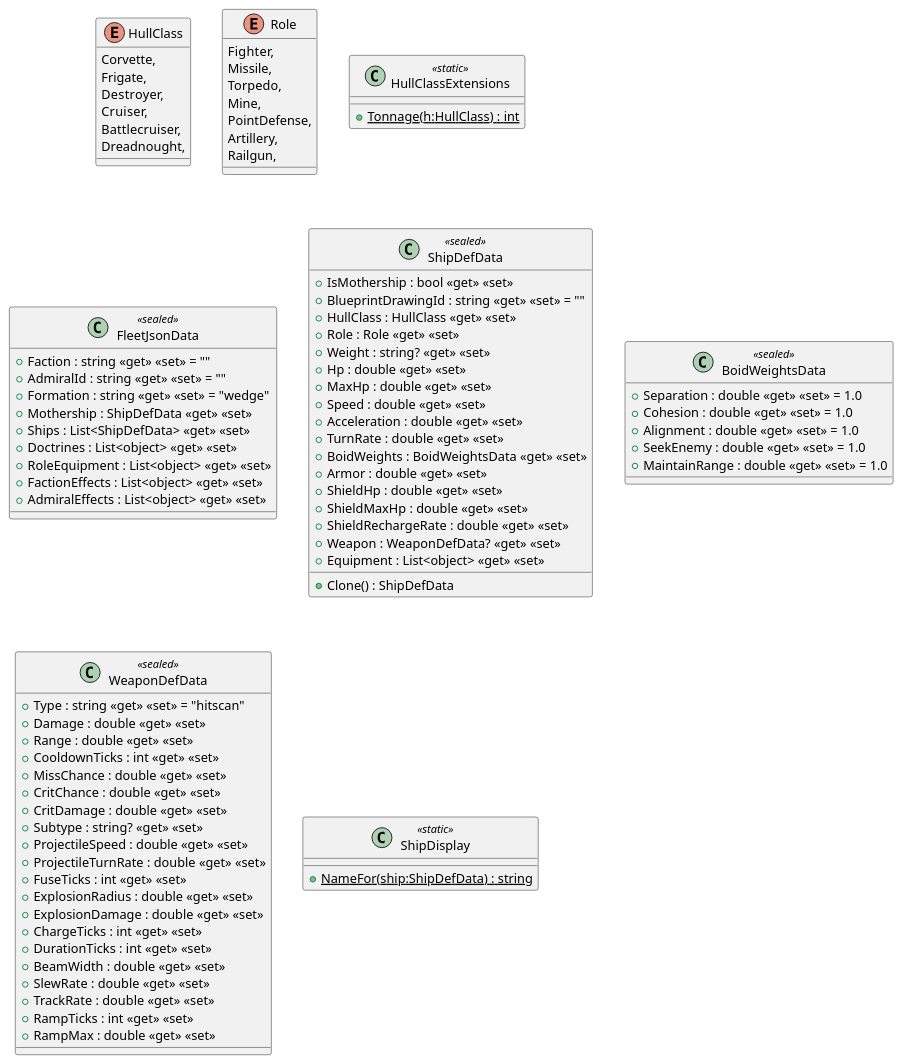
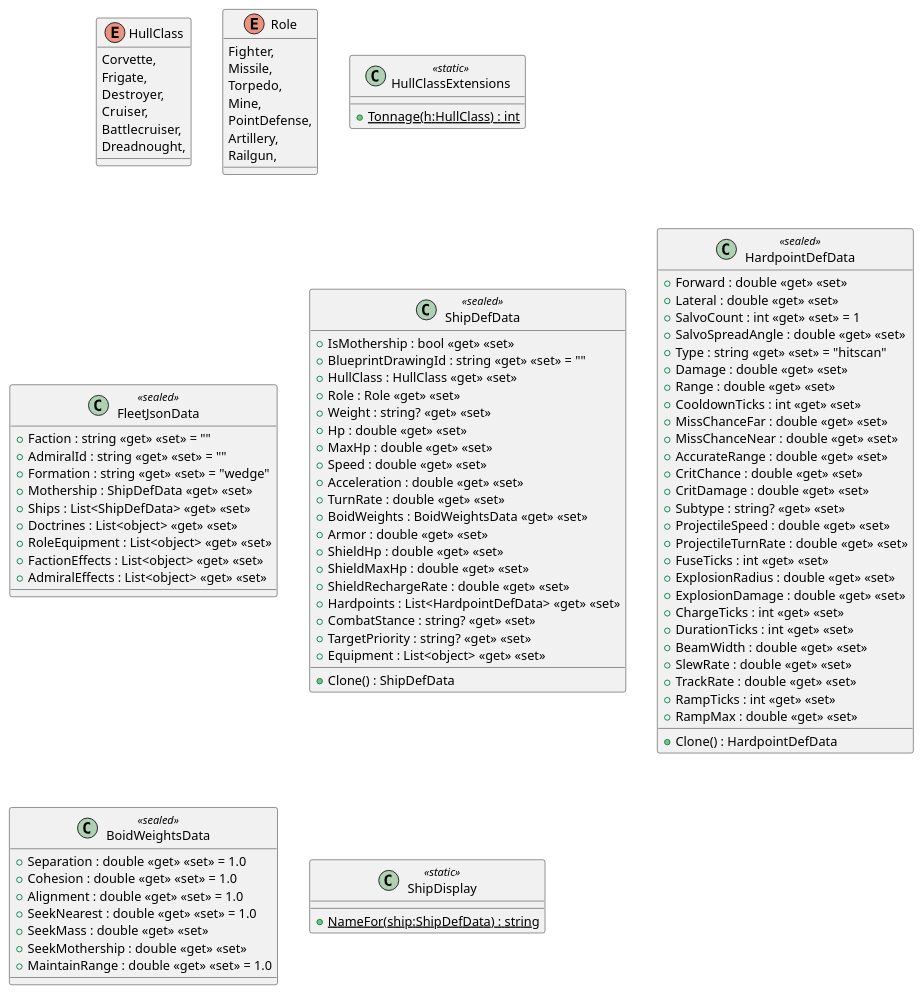
The diagram in diagrams/csharp/client/src/meta/FleetData.puml (Tai-trinh/skock), drawn with PlantUML before and after one commit. The commit also changed 23 other files, not shown here.

```diff
--- a/diagrams/csharp/client/src/meta/FleetData.puml
+++ b/diagrams/csharp/client/src/meta/FleetData.puml
@@ -1,85 +1,96 @@
 @startuml
 enum HullClass {
     Corvette,
     Frigate,
     Destroyer,
     Cruiser,
     Battlecruiser,
     Dreadnought,
 }
 enum Role {
     Fighter,
     Missile,
     Torpedo,
     Mine,
     PointDefense,
     Artillery,
     Railgun,
 }
 class HullClassExtensions <<static>> {
     + {static} Tonnage(h:HullClass) : int
 }
 class FleetJsonData <<sealed>> {
     + Faction : string <<get>> <<set>> = ""
     + AdmiralId : string <<get>> <<set>> = ""
     + Formation : string <<get>> <<set>> = "wedge"
     + Mothership : ShipDefData <<get>> <<set>>
     + Ships : List<ShipDefData> <<get>> <<set>>
     + Doctrines : List<object> <<get>> <<set>>
     + RoleEquipment : List<object> <<get>> <<set>>
     + FactionEffects : List<object> <<get>> <<set>>
     + AdmiralEffects : List<object> <<get>> <<set>>
 }
 class ShipDefData <<sealed>> {
     + IsMothership : bool <<get>> <<set>>
     + BlueprintDrawingId : string <<get>> <<set>> = ""
     + HullClass : HullClass <<get>> <<set>>
     + Role : Role <<get>> <<set>>
     + Weight : string? <<get>> <<set>>
     + Hp : double <<get>> <<set>>
     + MaxHp : double <<get>> <<set>>
     + Speed : double <<get>> <<set>>
     + Acceleration : double <<get>> <<set>>
     + TurnRate : double <<get>> <<set>>
     + BoidWeights : BoidWeightsData <<get>> <<set>>
     + Armor : double <<get>> <<set>>
     + ShieldHp : double <<get>> <<set>>
     + ShieldMaxHp : double <<get>> <<set>>
     + ShieldRechargeRate : double <<get>> <<set>>
-    + Weapon : WeaponDefData? <<get>> <<set>>
+    + Hardpoints : List<HardpointDefData> <<get>> <<set>>
+    + CombatStance : string? <<get>> <<set>>
+    + TargetPriority : string? <<get>> <<set>>
     + Equipment : List<object> <<get>> <<set>>
     + Clone() : ShipDefData
 }
-class BoidWeightsData <<sealed>> {
-    + Separation : double <<get>> <<set>> = 1.0
-    + Cohesion : double <<get>> <<set>> = 1.0
-    + Alignment : double <<get>> <<set>> = 1.0
-    + SeekEnemy : double <<get>> <<set>> = 1.0
-    + MaintainRange : double <<get>> <<set>> = 1.0
-}
-class WeaponDefData <<sealed>> {
+class HardpointDefData <<sealed>> {
+    + Forward : double <<get>> <<set>>
+    + Lateral : double <<get>> <<set>>
+    + SalvoCount : int <<get>> <<set>> = 1
+    + SalvoSpreadAngle : double <<get>> <<set>>
     + Type : string <<get>> <<set>> = "hitscan"
     + Damage : double <<get>> <<set>>
     + Range : double <<get>> <<set>>
     + CooldownTicks : int <<get>> <<set>>
-    + MissChance : double <<get>> <<set>>
+    + MissChanceFar : double <<get>> <<set>>
+    + MissChanceNear : double <<get>> <<set>>
+    + AccurateRange : double <<get>> <<set>>
     + CritChance : double <<get>> <<set>>
     + CritDamage : double <<get>> <<set>>
     + Subtype : string? <<get>> <<set>>
     + ProjectileSpeed : double <<get>> <<set>>
     + ProjectileTurnRate : double <<get>> <<set>>
     + FuseTicks : int <<get>> <<set>>
     + ExplosionRadius : double <<get>> <<set>>
     + ExplosionDamage : double <<get>> <<set>>
     + ChargeTicks : int <<get>> <<set>>
     + DurationTicks : int <<get>> <<set>>
     + BeamWidth : double <<get>> <<set>>
     + SlewRate : double <<get>> <<set>>
     + TrackRate : double <<get>> <<set>>
     + RampTicks : int <<get>> <<set>>
     + RampMax : double <<get>> <<set>>
+    + Clone() : HardpointDefData
+}
+class BoidWeightsData <<sealed>> {
+    + Separation : double <<get>> <<set>> = 1.0
+    + Cohesion : double <<get>> <<set>> = 1.0
+    + Alignment : double <<get>> <<set>> = 1.0
+    + SeekNearest : double <<get>> <<set>> = 1.0
+    + SeekMass : double <<get>> <<set>>
+    + SeekMothership : double <<get>> <<set>>
+    + MaintainRange : double <<get>> <<set>> = 1.0
 }
 class ShipDisplay <<static>> {
     + {static} NameFor(ship:ShipDefData) : string
 }
 @enduml
```
